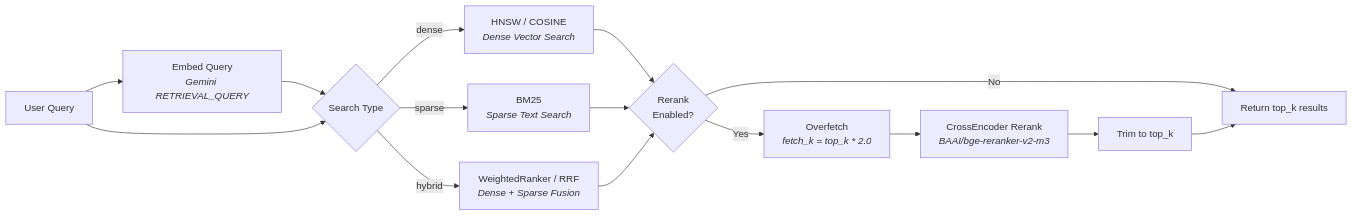
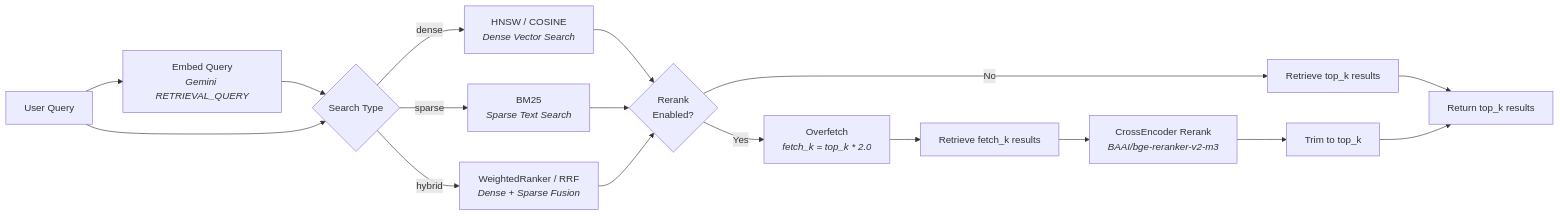
The fourth of 6 diagrams in README.md (weecici/audio-rag), drawn with Mermaid before and after one commit. The commit also changed other lines of this file, not shown here.

Commit message:
docs: update search workflow diagram in README

````diff
--- a/README.md
+++ b/README.md
@@ -484,21 +484,23 @@
 ```mermaid
 flowchart LR
     Q[User Query] --> EMB[Embed Query<br/><i>Gemini RETRIEVAL_QUERY</i>]
 
     EMB --> D{Search Type}
     Q --> D
 
     D -->|dense| DENSE[HNSW / COSINE<br/><i>Dense Vector Search</i>]
     D -->|sparse| SPARSE[BM25<br/><i>Sparse Text Search</i>]
     D -->|hybrid| HYBRID[WeightedRanker / RRF<br/><i>Dense + Sparse Fusion</i>]
 
     DENSE --> OF{Rerank<br/>Enabled?}
     SPARSE --> OF
     HYBRID --> OF
 
-    OF -->|No| RES[Return top_k results]
+    OF -->|No| RET1[Retrieve top_k results]
+    RET1 --> RES[Return top_k results]
     OF -->|Yes| OV[Overfetch<br/><i>fetch_k = top_k * 2.0</i>]
-    OV --> CE[CrossEncoder Rerank<br/><i>BAAI/bge-reranker-v2-m3</i>]
+    OV --> RET2[Retrieve fetch_k results]
+    RET2 --> CE[CrossEncoder Rerank<br/><i>BAAI/bge-reranker-v2-m3</i>]
     CE --> TRIM[Trim to top_k]
     TRIM --> RES
 ```
````
